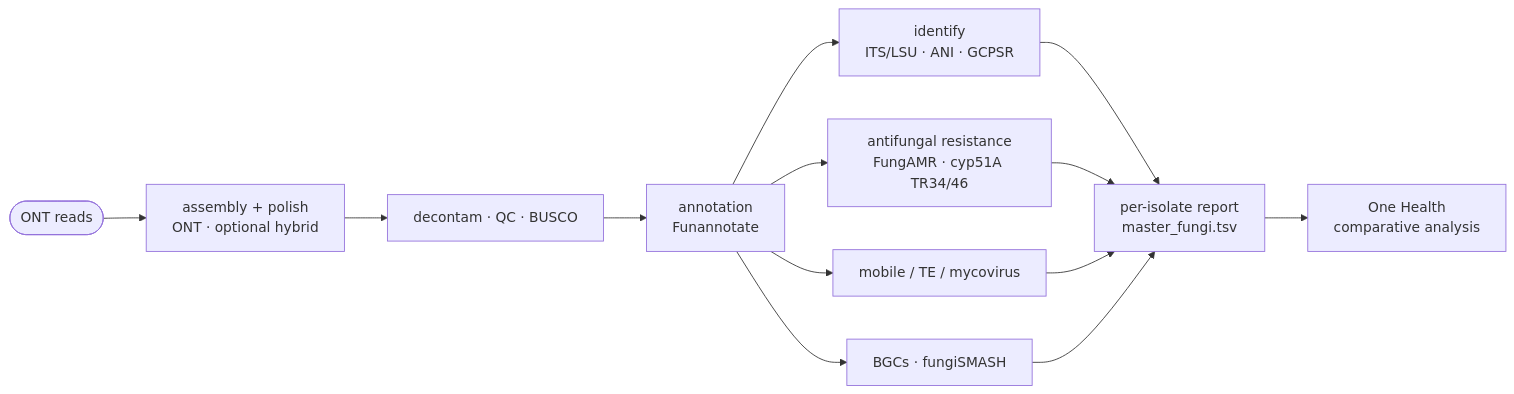
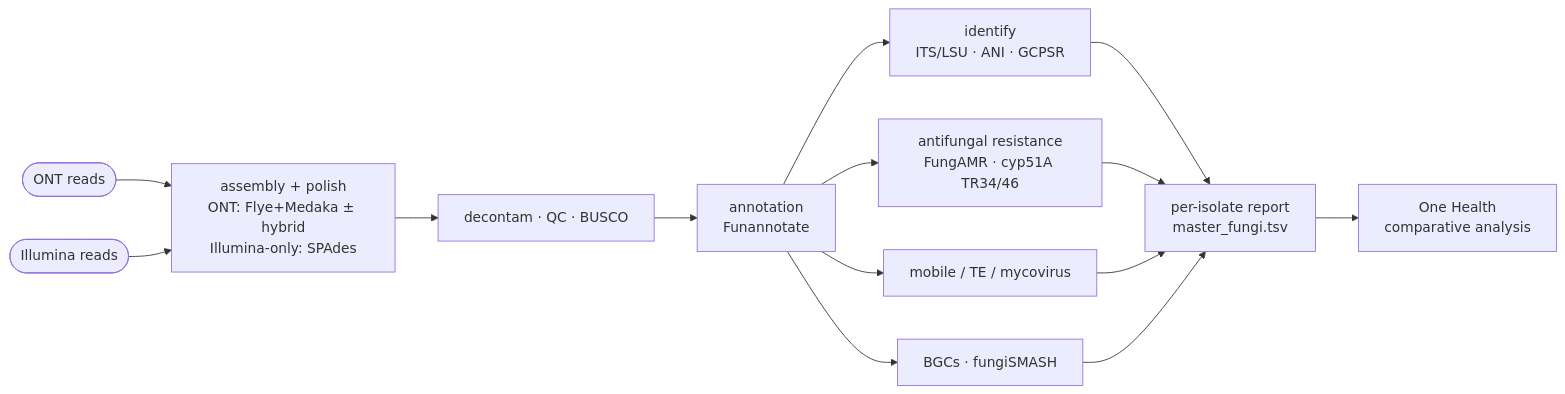
One commit to aduton1000/fungiforge changed the diagram in README.md. Above: the diagram before and after it, drawn with Mermaid. The commit also changed other lines of this file and 26 other files, not shown here.

First line of the commit message:
feat: support Illumina-only assembly (ONT / Illumina / hybrid)

````diff
--- a/README.md
+++ b/README.md
@@ -23,15 +23,16 @@
 ```mermaid
 flowchart LR
-  ONT([ONT reads]) --> ASM[assembly + polish<br/>ONT · optional hybrid]
-  ASM --> QC[decontam · QC · BUSCO]
+  ONT([ONT reads]) --> ASM
+  ILMN([Illumina reads]) --> ASM
+  ASM[assembly + polish<br/>ONT: Flye+Medaka ± hybrid<br/>Illumina-only: SPAdes] --> QC[decontam · QC · BUSCO]
   QC --> ANN[annotation<br/>Funannotate]
   ANN --> ID[identify<br/>ITS/LSU · ANI · GCPSR]
   ANN --> AMR[antifungal resistance<br/>FungAMR · cyp51A TR34/46]
   ANN --> MGE[mobile / TE / mycovirus]
   ANN --> BGC[BGCs · fungiSMASH]
   ID --> REP[per-isolate report<br/>master_fungi.tsv]
   AMR --> REP
   MGE --> REP
   BGC --> REP
   REP --> OH[One Health<br/>comparative analysis]
 ```
````
